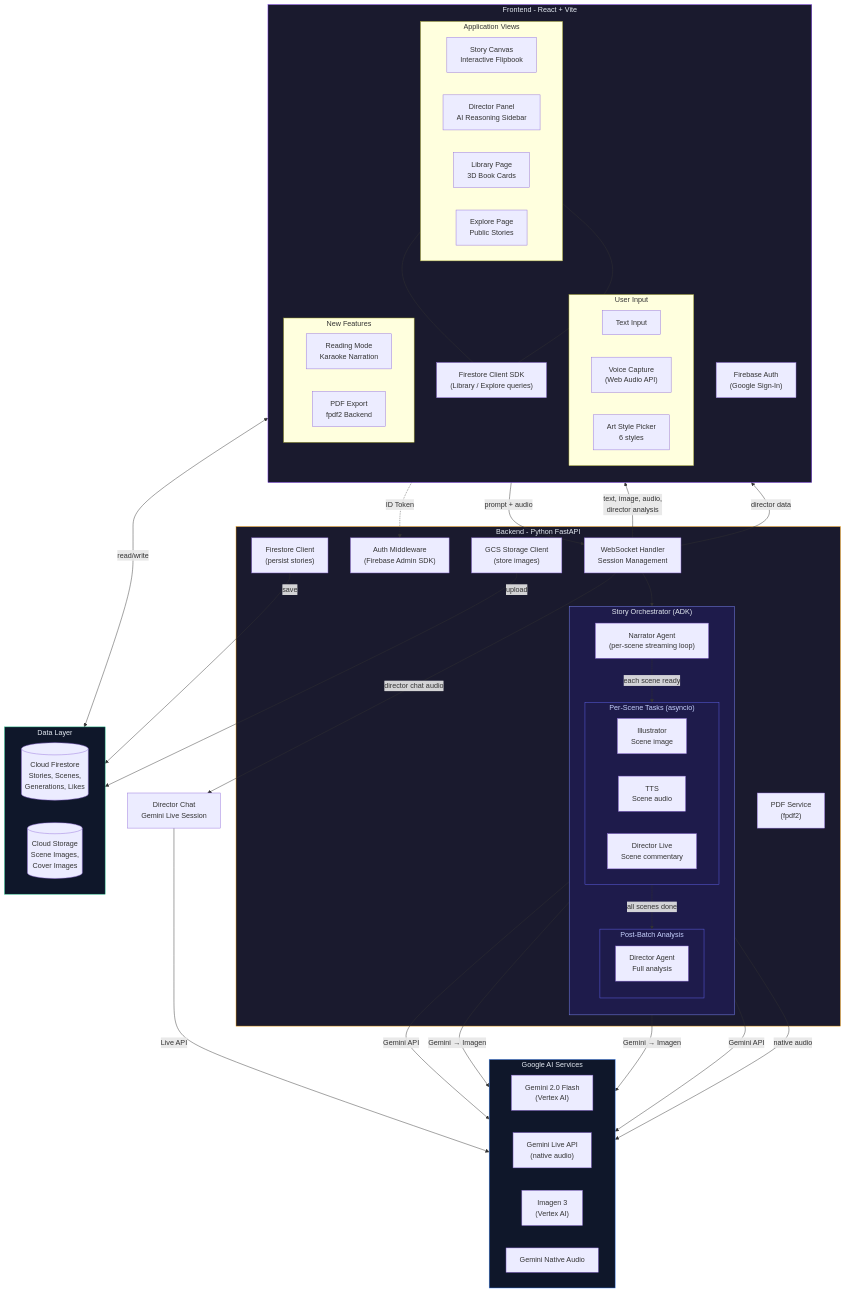
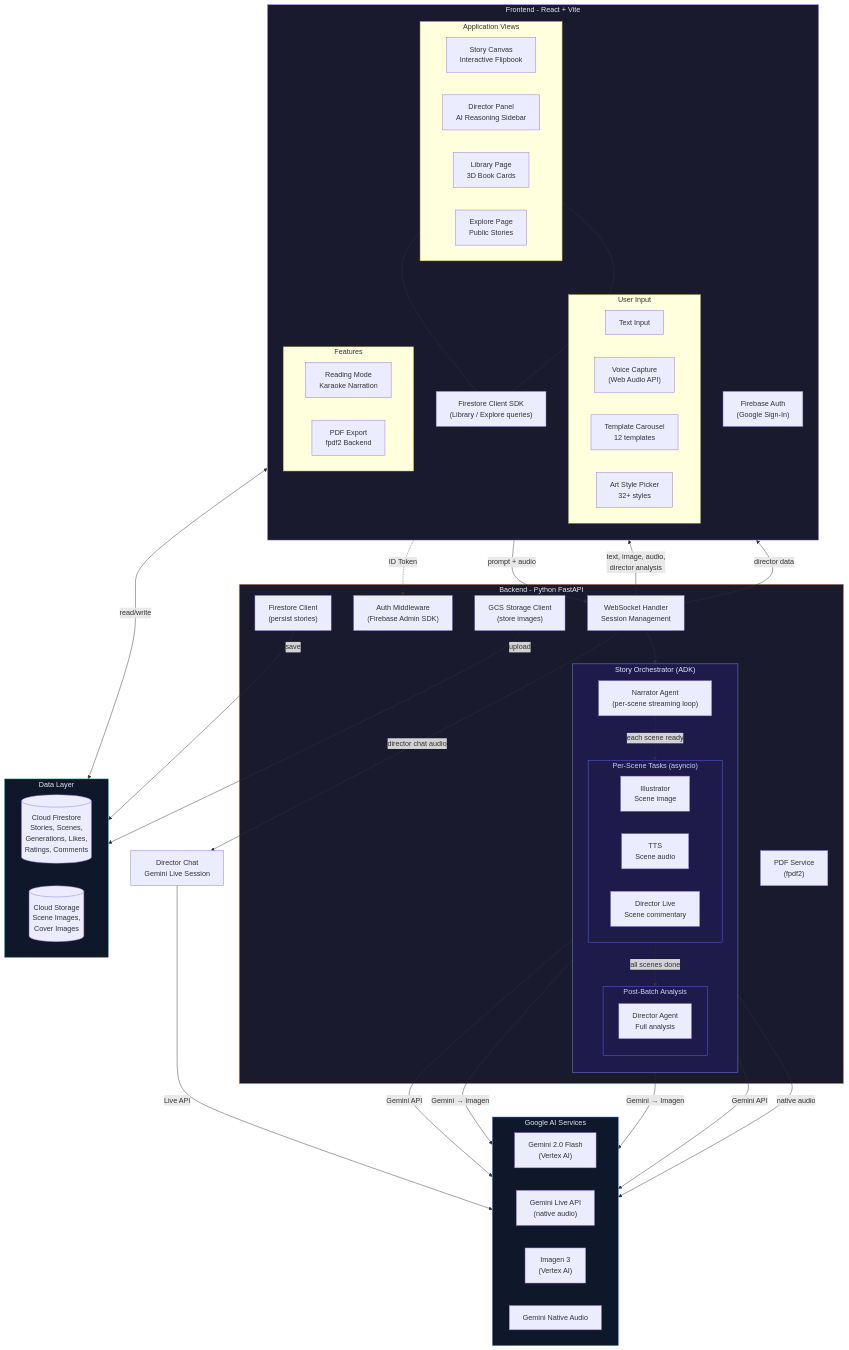
The first of 8 diagrams in README.md (Dileep2896/reveria), drawn with Mermaid before and after one commit. The commit also changed other lines of this file and 68 other files, not shown here.

```diff
--- a/README.md
+++ b/README.md
@@ -94,9 +88,10 @@
             direction LR
             TextInput["Text Input"]
             VoiceInput["Voice Capture<br/>(Web Audio API)"]
-            ArtStyle["Art Style Picker<br/>6 styles"]
+            Templates["Template Carousel<br/>12 templates"]
+            ArtStyle["Art Style Picker<br/>32+ styles"]
         end
-        subgraph Features["New Features"]
+        subgraph Features["Features"]
             direction LR
             ReadMode["Reading Mode<br/>Karaoke Narration"]
             PDFExport["PDF Export<br/>fpdf2 Backend"]
@@ -142,7 +137,7 @@
 
     subgraph Data["Data Layer"]
         direction LR
-        Firestore[("Cloud Firestore<br/>Stories, Scenes,<br/>Generations, Likes")]
+        Firestore[("Cloud Firestore<br/>Stories, Scenes,<br/>Generations, Likes,<br/>Ratings, Comments")]
         GCS[("Cloud Storage<br/>Scene Images,<br/>Cover Images")]
     end
 
@@ -165,8 +160,8 @@
     WS -->|"director chat audio"| DirectorChat["Director Chat<br/>Gemini Live Session"]
     DirectorChat -->|"Live API"| GeminiLive
 
-    style Frontend fill:#1a1a2e,stroke:#7c3aed,color:#e2e8f0
-    style Backend fill:#1a1a2e,stroke:#f59e0b,color:#e2e8f0
+    style Frontend fill:#1a1a2e,stroke:#b48cff,color:#e2e8f0
+    style Backend fill:#1a1a2e,stroke:#ffa86c,color:#e2e8f0
     style Google fill:#0f172a,stroke:#3b82f6,color:#e2e8f0
     style Data fill:#0f172a,stroke:#10b981,color:#e2e8f0
     style Orchestrator fill:#1e1b4b,stroke:#818cf8,color:#e2e8f0
```
